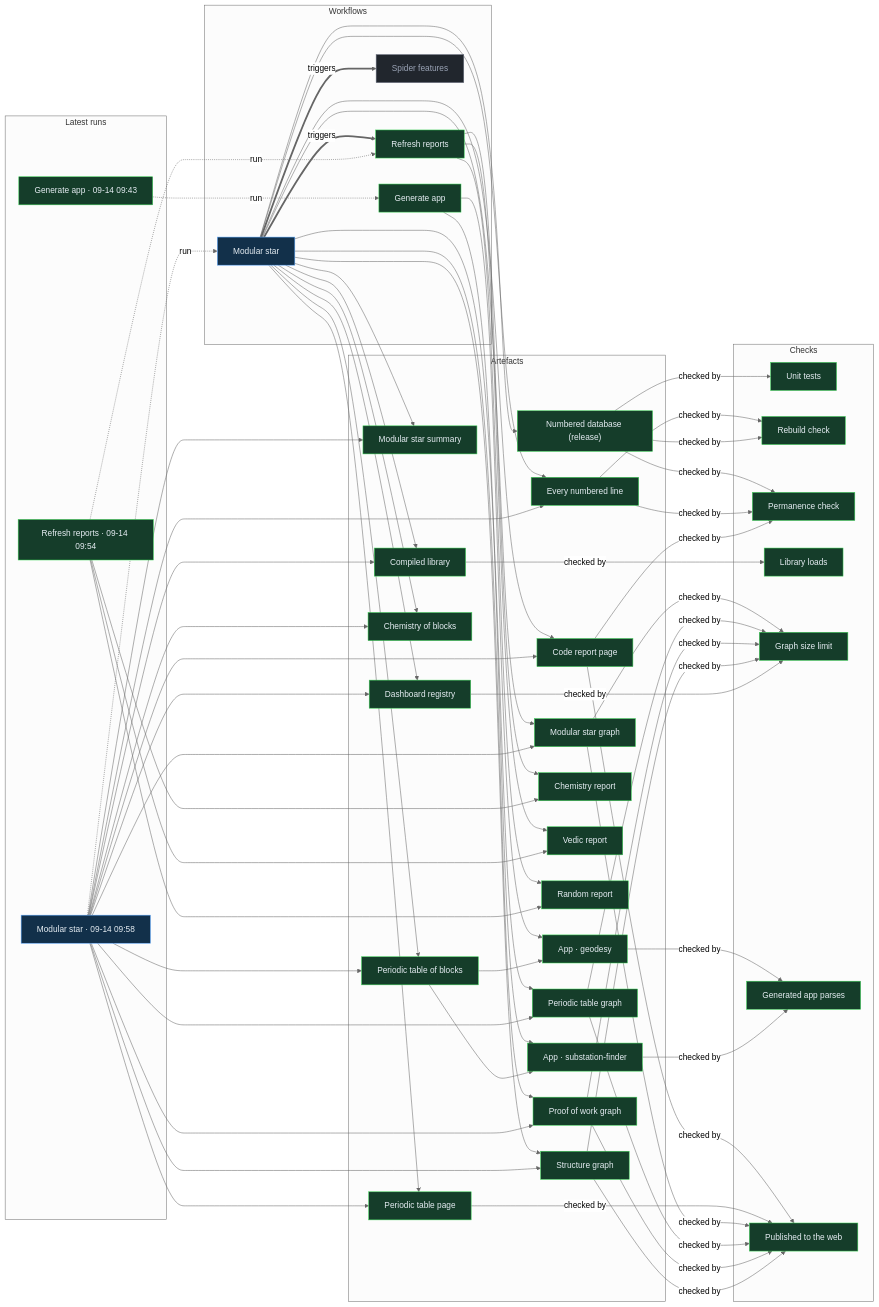
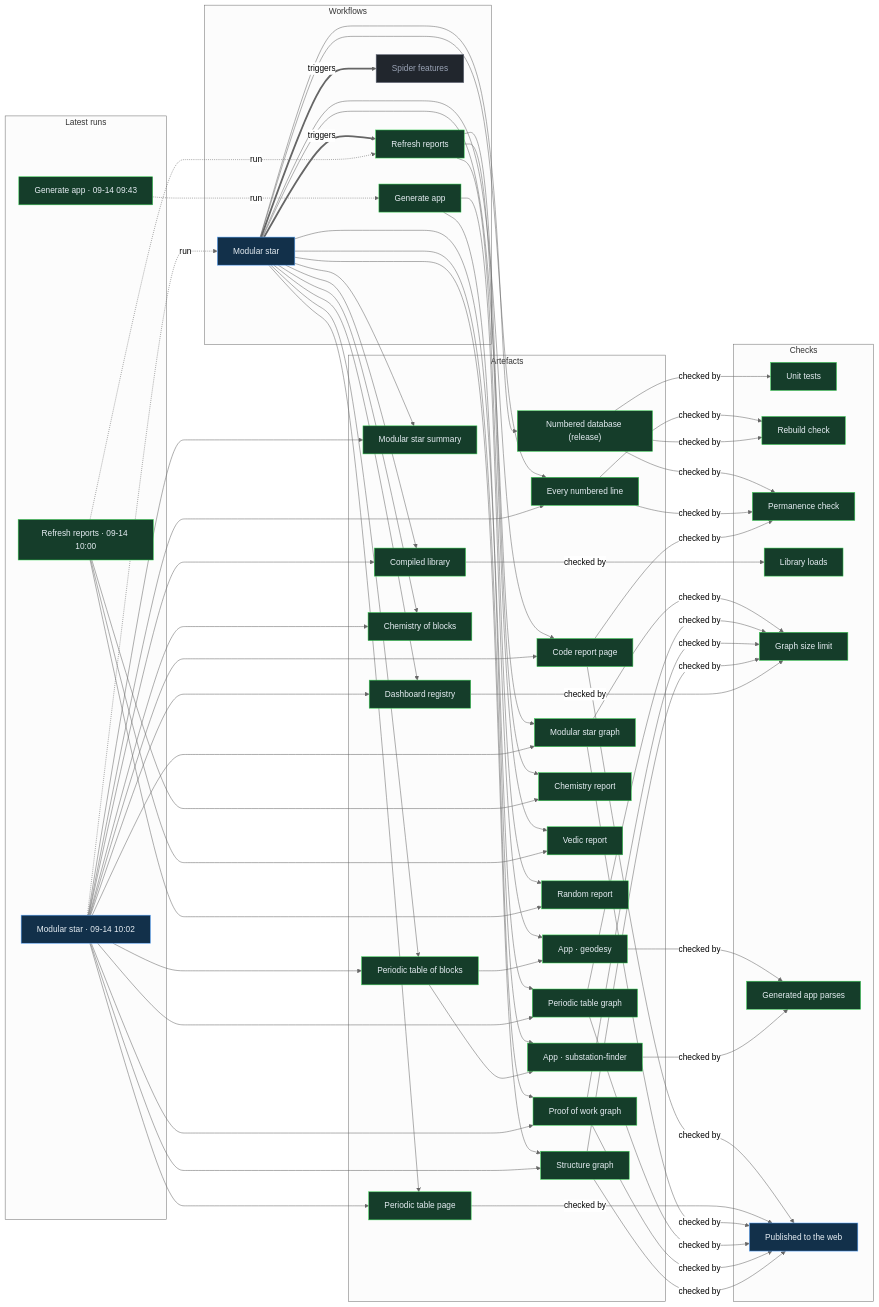
The diagram in proof/PROOF.md (Ventusltd/stars), drawn with Mermaid (neutral theme) before and after one commit. The commit also changed other lines of this file and 17 other files, not shown here.

Commit message:
Modular star 2026-09-14T10:04Z

```diff
--- a/proof/PROOF.md
+++ b/proof/PROOF.md
@@ -24,8 +24,8 @@
   n_wf_spider_features["Spider features"]:::off
   end
   subgraph g_runs["Latest runs"]
-  n_run_34830766605["Modular star · 09-14 09:58"]:::live
-  n_run_34830421791["Refresh reports · 09-14 09:54"]:::ok
+  n_run_34831133587["Modular star · 09-14 10:02"]:::live
+  n_run_34830906959["Refresh reports · 09-14 10:00"]:::ok
   n_run_34829448635["Generate app · 09-14 09:43"]:::ok
   end
   subgraph g_artefacts["Artefacts"]
@@ -55,43 +55,43 @@
   n_chk_library["Library loads"]:::ok
   n_chk_size["Graph size limit"]:::ok
   n_chk_parses["Generated app parses"]:::ok
-  n_chk_pages["Published to the web"]:::ok
+  n_chk_pages["Published to the web"]:::live
   end
   n_wf_modular_star == triggers ==> n_wf_refresh
   n_wf_modular_star == triggers ==> n_wf_spider_features
-  n_run_34830766605 -. run .-> n_wf_modular_star
-  n_run_34830421791 -. run .-> n_wf_refresh
+  n_run_34831133587 -. run .-> n_wf_modular_star
+  n_run_34830906959 -. run .-> n_wf_refresh
   n_run_34829448635 -. run .-> n_wf_generate
   n_wf_modular_star --> n_art_summary
-  n_run_34830766605 --> n_art_summary
+  n_run_34831133587 --> n_art_summary
   n_wf_modular_star --> n_art_lines
-  n_run_34830766605 --> n_art_lines
+  n_run_34831133587 --> n_art_lines
   n_wf_modular_star --> n_art_code
-  n_run_34830766605 --> n_art_code
+  n_run_34831133587 --> n_art_code
   n_wf_modular_star --> n_art_modular_graph
-  n_run_34830766605 --> n_art_modular_graph
+  n_run_34831133587 --> n_art_modular_graph
   n_wf_modular_star --> n_art_blocks
-  n_run_34830766605 --> n_art_blocks
+  n_run_34831133587 --> n_art_blocks
   n_wf_modular_star --> n_art_table
-  n_run_34830766605 --> n_art_table
+  n_run_34831133587 --> n_art_table
   n_wf_modular_star --> n_art_blocks_graph
-  n_run_34830766605 --> n_art_blocks_graph
+  n_run_34831133587 --> n_art_blocks_graph
   n_wf_modular_star --> n_art_reactions
-  n_run_34830766605 --> n_art_reactions
+  n_run_34831133587 --> n_art_reactions
   n_wf_modular_star --> n_art_library
-  n_run_34830766605 --> n_art_library
+  n_run_34831133587 --> n_art_library
   n_wf_modular_star --> n_art_features
-  n_run_34830766605 --> n_art_features
+  n_run_34831133587 --> n_art_features
   n_wf_modular_star --> n_art_proof
-  n_run_34830766605 --> n_art_proof
+  n_run_34831133587 --> n_art_proof
   n_wf_modular_star --> n_art_structure
-  n_run_34830766605 --> n_art_structure
+  n_run_34831133587 --> n_art_structure
   n_wf_refresh --> n_art_chemistry
-  n_run_34830421791 --> n_art_chemistry
+  n_run_34830906959 --> n_art_chemistry
   n_wf_refresh --> n_art_vedic
-  n_run_34830421791 --> n_art_vedic
+  n_run_34830906959 --> n_art_vedic
   n_wf_refresh --> n_art_random
-  n_run_34830421791 --> n_art_random
+  n_run_34830906959 --> n_art_random
   n_wf_modular_star --> n_art_release
   n_wf_generate --> n_app_geodesy
   n_art_blocks --> n_app_geodesy
```
